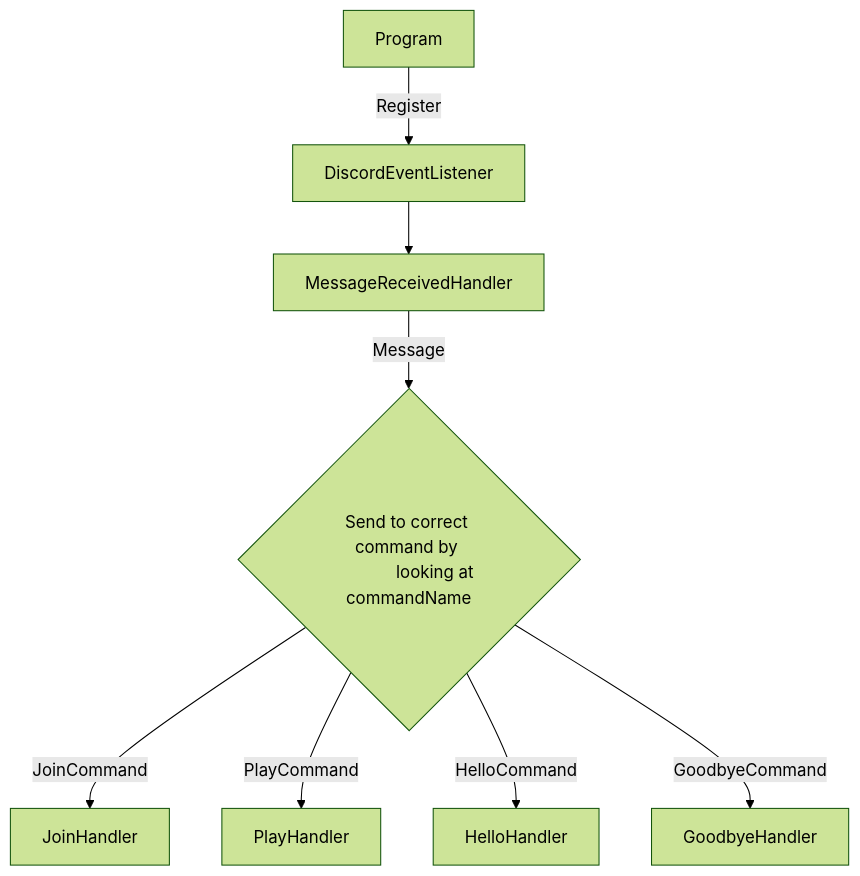
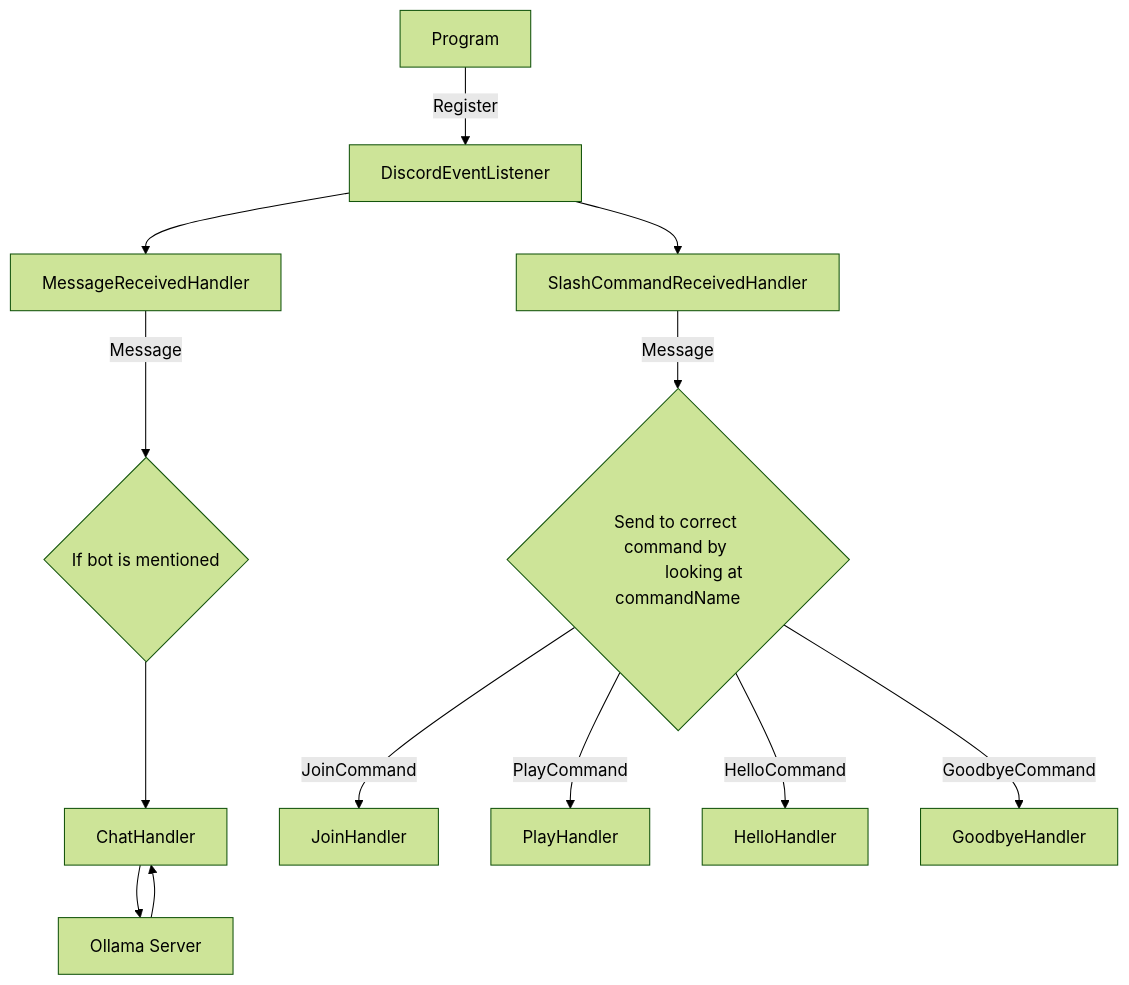
One commit to Myxelium/Lunaris2.0 changed the first of 2 diagrams in Bot/README.md. Above: the diagram before and after it, drawn with Mermaid (forest theme). The commit also changed other lines of this file, not shown here.

````diff
--- a/Bot/README.md
+++ b/Bot/README.md
@@ -2,13 +2,20 @@
 ```mermaid
 flowchart TD
     Program[Program] -->|Register| EventListener
-    EventListener[DiscordEventListener] --> A
+    EventListener[DiscordEventListener] --> A[MessageReceivedHandler]
 
-    A[MessageReceivedHandler] -->|Message| C{Send to correct command by 
+    EventListener[DiscordEventListener] --> A2[SlashCommandReceivedHandler]
+
+    A --> |Message| f{If bot is mentioned}
+    f --> v[ChatHandler]
+    v --> o[Ollama Server]
+    o --> v
+
+    A2[SlashCommandReceivedHandler] -->|Message| C{Send to correct command by 
             looking at commandName}
 
     C -->|JoinCommand| D[JoinHandler]
     C -->|PlayCommand| E[PlayHandler]
     C -->|HelloCommand| F[HelloHandler]
     C -->|GoodbyeCommand| G[GoodbyeHandler]
 ```
````
